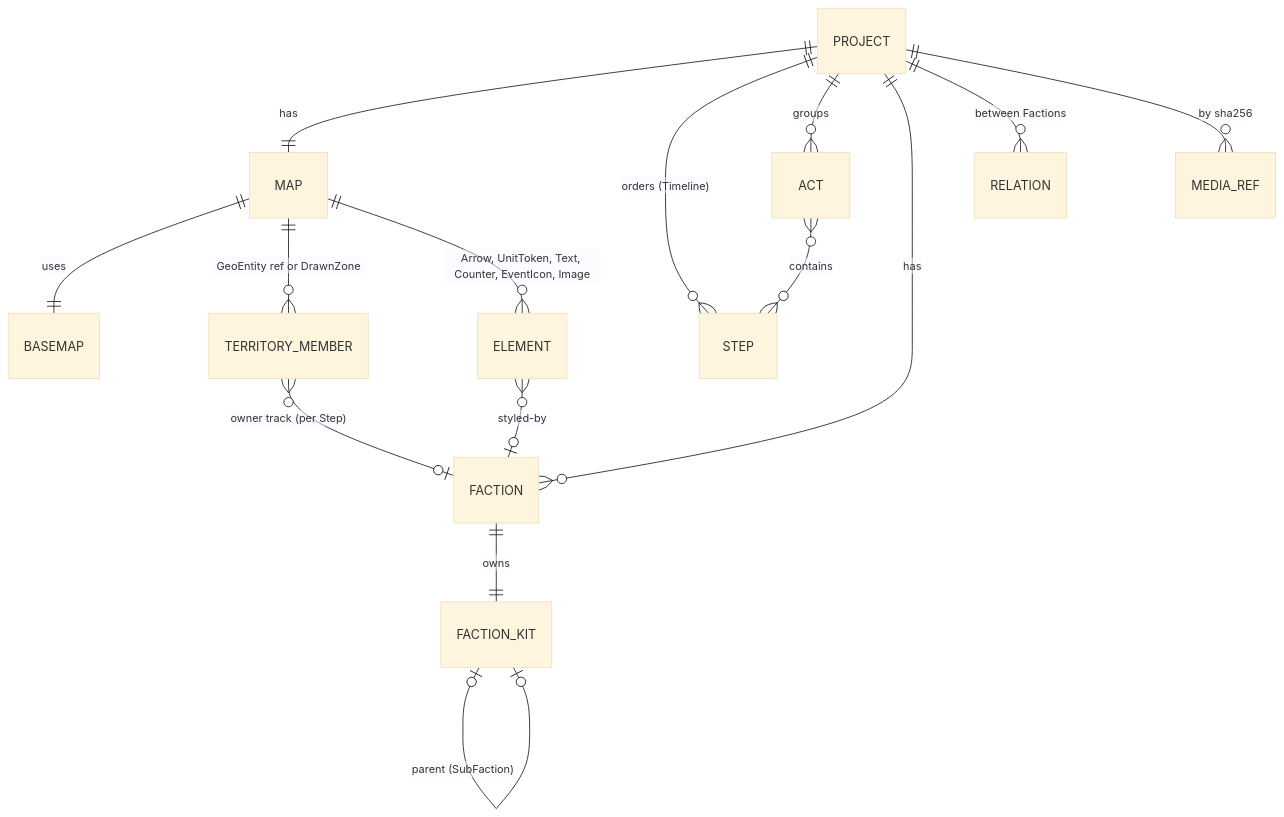
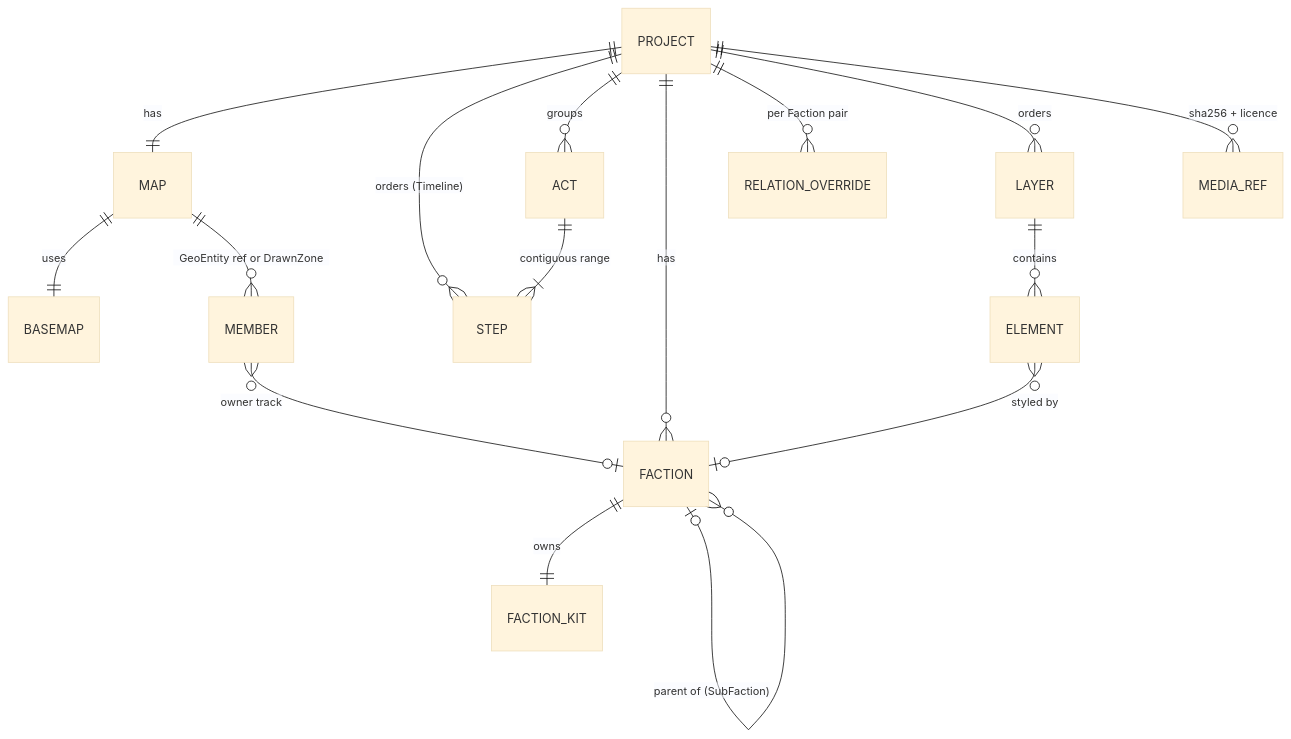
One commit to Samo1457/OPENMAP changed the third of 3 diagrams in _bmad-output/planning-artifacts/architecture/architecture-OPENMAP-2026-09-29/ARCHITECTURE-SPINE.md. Above: the diagram before and after it, drawn with Mermaid (base theme). The commit also changed other lines of this file and 2 other files, not shown here.

First line of the commit message:
Apply reviewer-gate fixes to architecture spine (AD-21..AD-29)

````diff
--- a/_bmad-output/planning-artifacts/architecture/architecture-OPENMAP-2026-09-29/ARCHITECTURE-SPINE.md
+++ b/_bmad-output/planning-artifacts/architecture/architecture-OPENMAP-2026-09-29/ARCHITECTURE-SPINE.md
@@ -244,17 +306,18 @@
 ```mermaid
 erDiagram
   PROJECT ||--|| MAP : has
   PROJECT ||--o{ STEP : "orders (Timeline)"
   PROJECT ||--o{ ACT : groups
-  ACT }o--o{ STEP : contains
+  ACT ||--|{ STEP : "contiguous range"
   PROJECT ||--o{ FACTION : has
   FACTION ||--|| FACTION_KIT : owns
-  FACTION_KIT |o--o| FACTION_KIT : "parent (SubFaction)"
-  PROJECT ||--o{ RELATION : "between Factions"
+  FACTION |o--o{ FACTION : "parent of (SubFaction)"
+  PROJECT ||--o{ RELATION_OVERRIDE : "per Faction pair"
+  PROJECT ||--o{ LAYER : orders
   MAP ||--|| BASEMAP : uses
-  MAP ||--o{ TERRITORY_MEMBER : "GeoEntity ref or DrawnZone"
-  TERRITORY_MEMBER }o--o| FACTION : "owner track (per Step)"
-  MAP ||--o{ ELEMENT : "Arrow, UnitToken, Text, Counter, EventIcon, Image"
-  ELEMENT }o--o| FACTION : styled-by
-  PROJECT ||--o{ MEDIA_REF : "by sha256"
+  MAP ||--o{ MEMBER : "GeoEntity ref or DrawnZone"
+  MEMBER }o--o| FACTION : "owner track"
+  LAYER ||--o{ ELEMENT : contains
+  ELEMENT }o--o| FACTION : "styled by"
+  PROJECT ||--o{ MEDIA_REF : "sha256 + licence"
 ```
````
